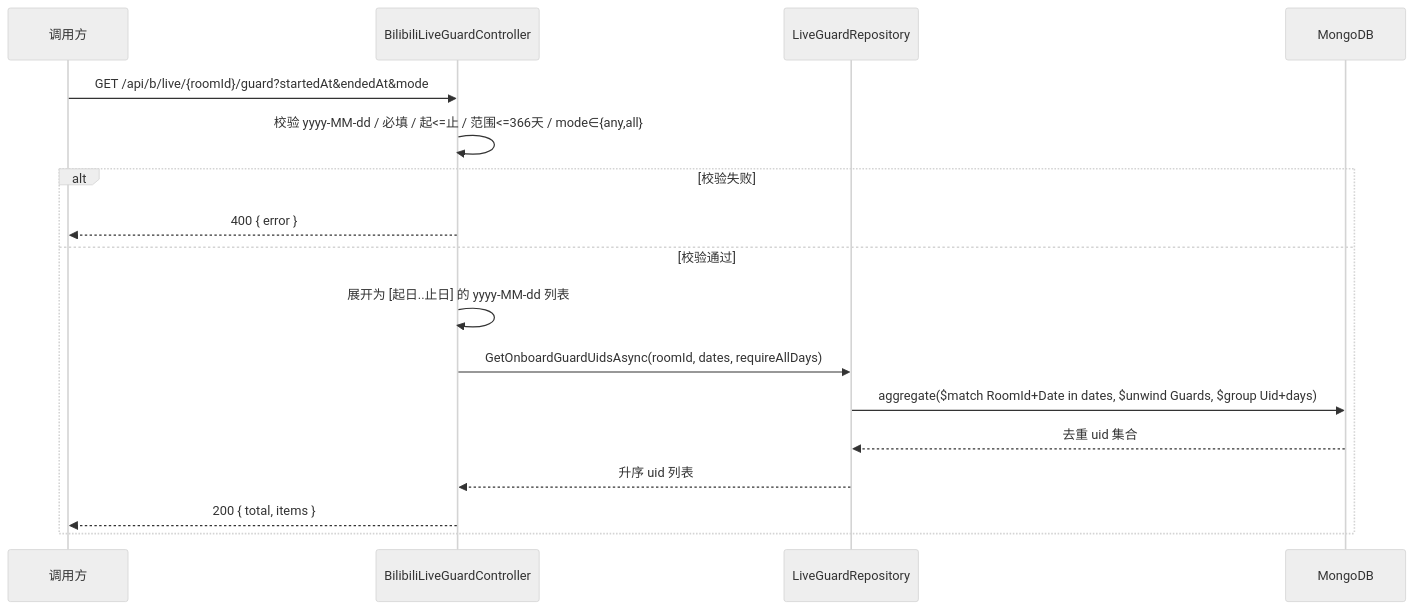
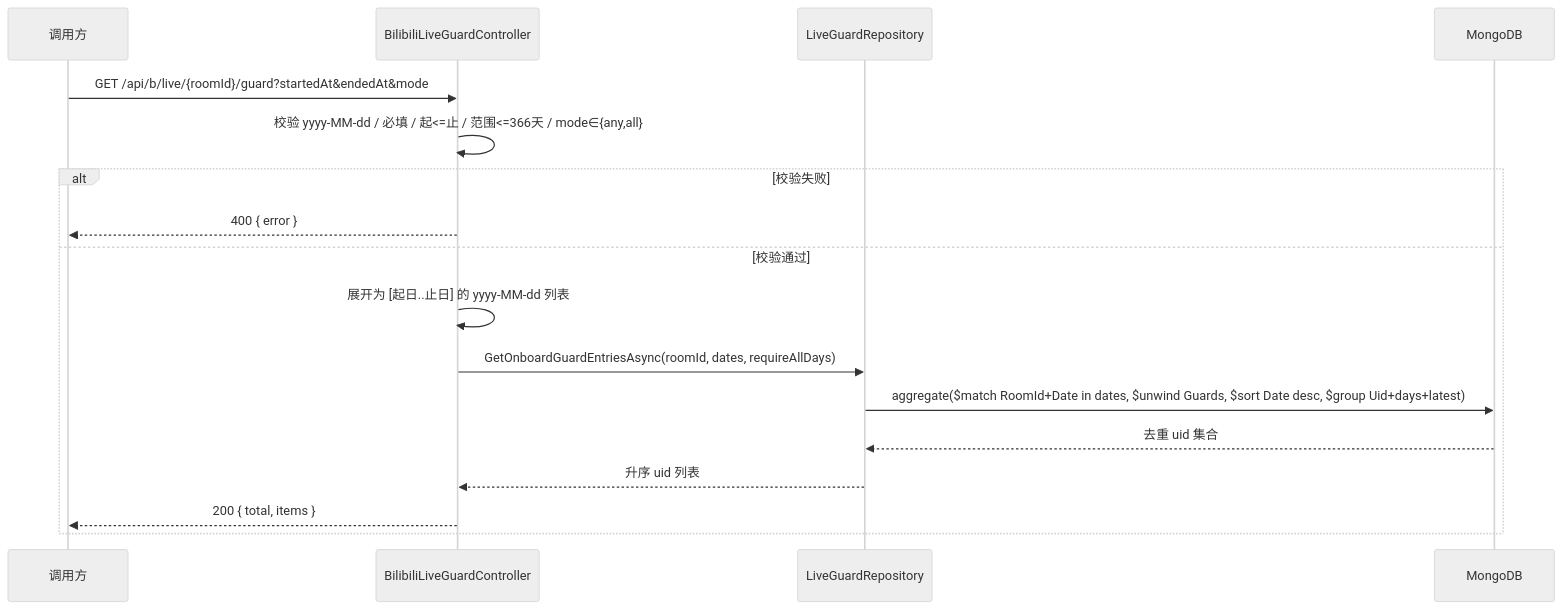
Before and after one commit to Deliay/z-vtuber: the third of 3 diagrams in docs/engineering/proposals/20260903-proposal-live-guard-onboard-query.md, drawn with Mermaid (neutral theme). The commit also changed other lines of this file and 1 other file, not shown here.

Commit message:
docs: include guard entry details (name, medal) in onboard query response

````diff
--- a/docs/engineering/proposals/20260903-proposal-live-guard-onboard-query.md
+++ b/docs/engineering/proposals/20260903-proposal-live-guard-onboard-query.md
@@ -146,20 +154,20 @@
 ```mermaid
 sequenceDiagram
     participant U as 调用方
     participant A as BilibiliLiveGuardController
     participant R as LiveGuardRepository
     participant D as MongoDB
 
     U->>A: GET /api/b/live/{roomId}/guard?startedAt&endedAt&mode
     A->>A: 校验 yyyy-MM-dd / 必填 / 起<=止 / 范围<=366天 / mode∈{any,all}
     alt 校验失败
         A-->>U: 400 { error }
     else 校验通过
         A->>A: 展开为 [起日..止日] 的 yyyy-MM-dd 列表
-        A->>R: GetOnboardGuardUidsAsync(roomId, dates, requireAllDays)
-        R->>D: aggregate($match RoomId+Date in dates, $unwind Guards, $group Uid+days)
+        A->>R: GetOnboardGuardEntriesAsync(roomId, dates, requireAllDays)
+        R->>D: aggregate($match RoomId+Date in dates, $unwind Guards, $sort Date desc, $group Uid+days+latest)
         D-->>R: 去重 uid 集合
         R-->>A: 升序 uid 列表
         A-->>U: 200 { total, items }
     end
 ```
````
